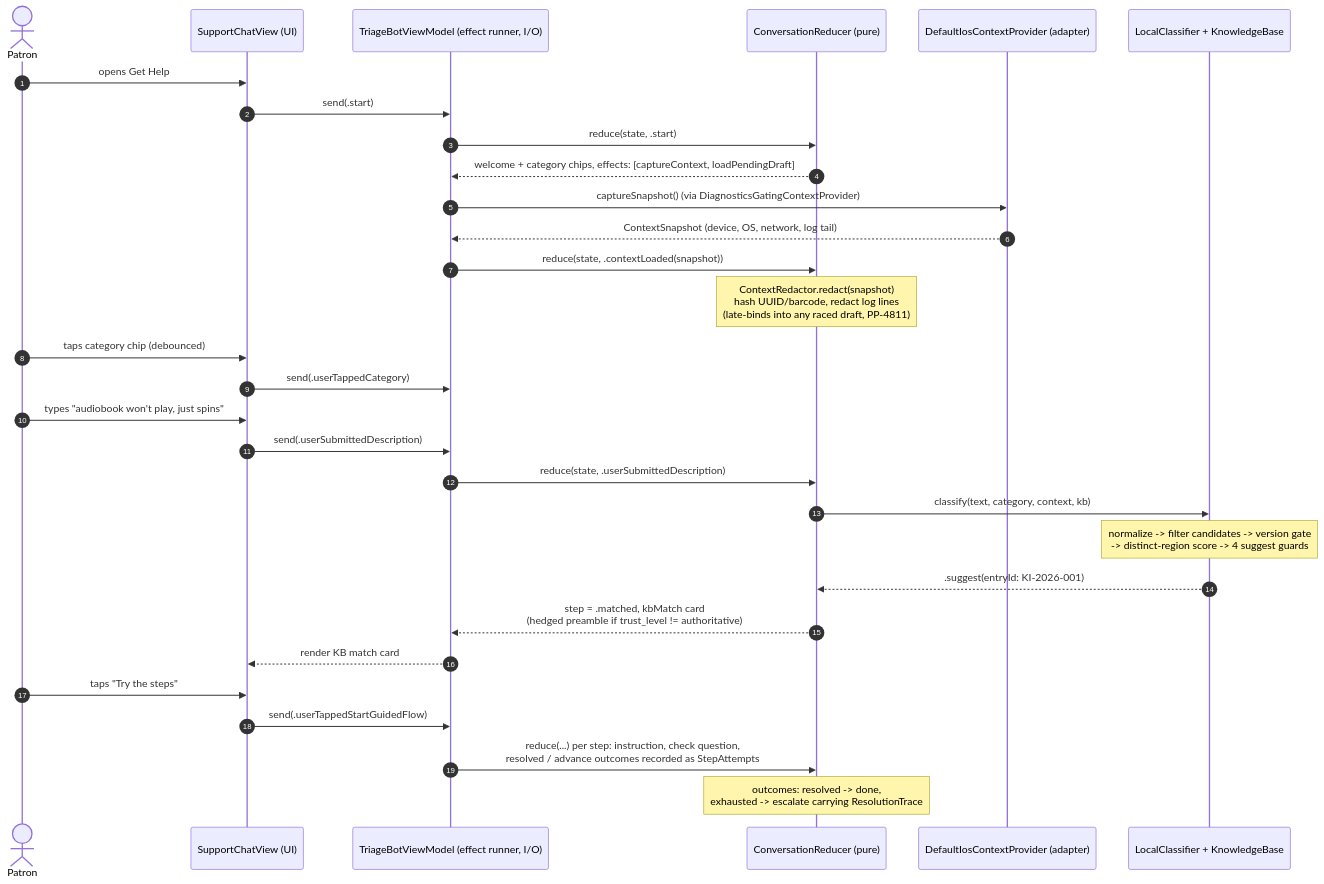
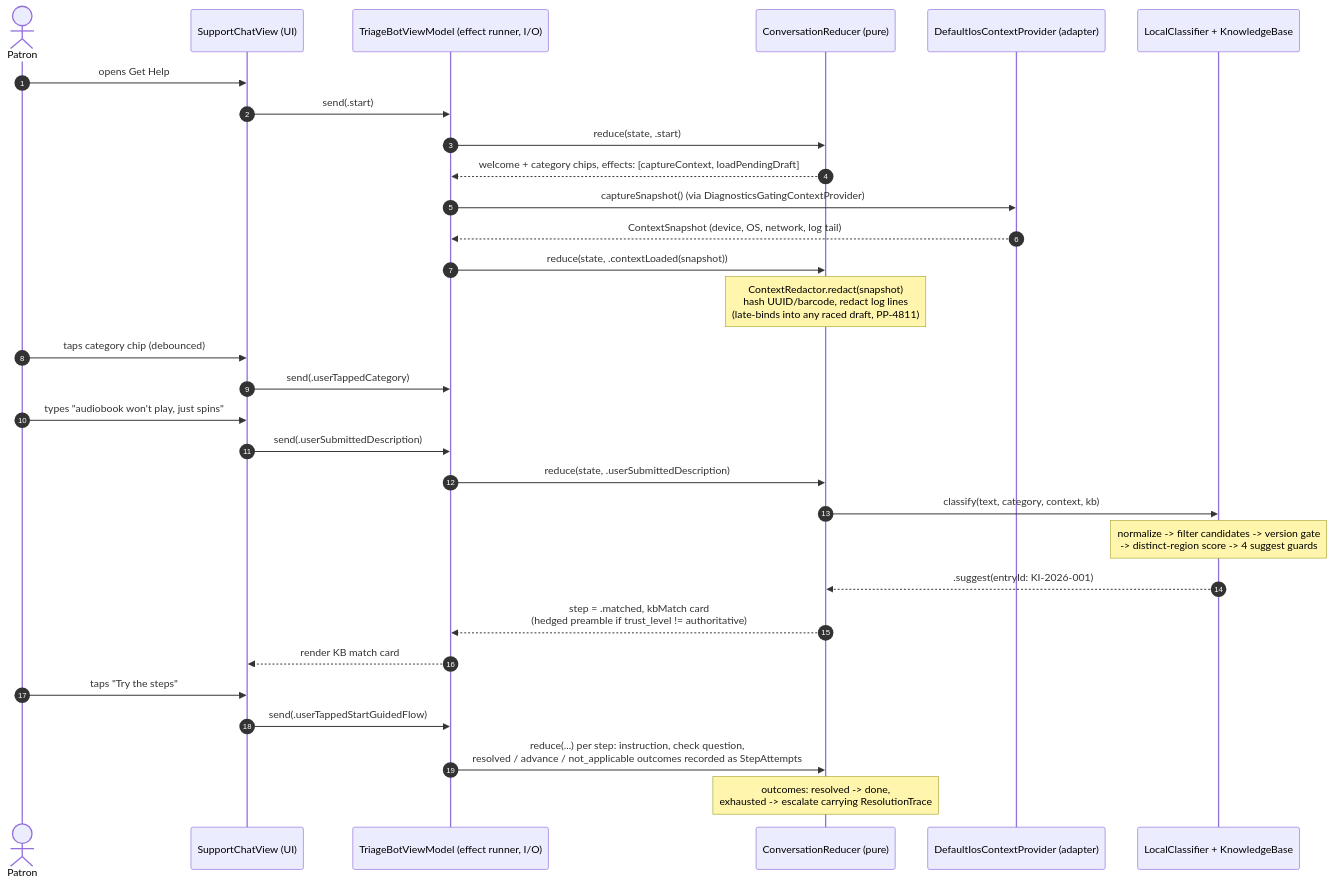
Before and after one commit to ThePalaceProject/ios-core: the second of 4 diagrams in docs/architecture/triage-bot-v1-as-built.md, drawn with Mermaid. The commit also changed other lines of this file, not shown here.

First line of the commit message:
docs(triage-bot): refresh the as-built doc for the not_applicable outcome

````diff
--- a/docs/architecture/triage-bot-v1-as-built.md
+++ b/docs/architecture/triage-bot-v1-as-built.md
@@ -288,33 +288,33 @@
 ```mermaid
 sequenceDiagram
     autonumber
     actor P as Patron
     participant V as SupportChatView (UI)
     participant M as TriageBotViewModel (effect runner, I/O)
     participant R as ConversationReducer (pure)
     participant C as DefaultIosContextProvider (adapter)
     participant K as LocalClassifier + KnowledgeBase
 
     P->>V: opens Get Help
     V->>M: send(.start)
     M->>R: reduce(state, .start)
     R-->>M: welcome + category chips, effects: [captureContext, loadPendingDraft]
     M->>C: captureSnapshot() (via DiagnosticsGatingContextProvider)
     C-->>M: ContextSnapshot (device, OS, network, log tail)
     M->>R: reduce(state, .contextLoaded(snapshot))
     Note over R: ContextRedactor.redact(snapshot)<br/>hash UUID/barcode, redact log lines<br/>(late-binds into any raced draft, PP-4811)
     P->>V: taps category chip (debounced)
     V->>M: send(.userTappedCategory)
     P->>V: types "audiobook won't play, just spins"
     V->>M: send(.userSubmittedDescription)
     M->>R: reduce(state, .userSubmittedDescription)
     R->>K: classify(text, category, context, kb)
     Note over K: normalize -> filter candidates -> version gate<br/>-> distinct-region score -> 4 suggest guards
     K-->>R: .suggest(entryId: KI-2026-001)
     R-->>M: step = .matched, kbMatch card<br/>(hedged preamble if trust_level != authoritative)
     M-->>V: render KB match card
     P->>V: taps "Try the steps"
     V->>M: send(.userTappedStartGuidedFlow)
-    M->>R: reduce(...) per step: instruction, check question,<br/>resolved / advance outcomes recorded as StepAttempts
+    M->>R: reduce(...) per step: instruction, check question,<br/>resolved / advance / not_applicable outcomes recorded as StepAttempts
     Note over R: outcomes: resolved -> done,<br/>exhausted -> escalate carrying ResolutionTrace
 ```
````
